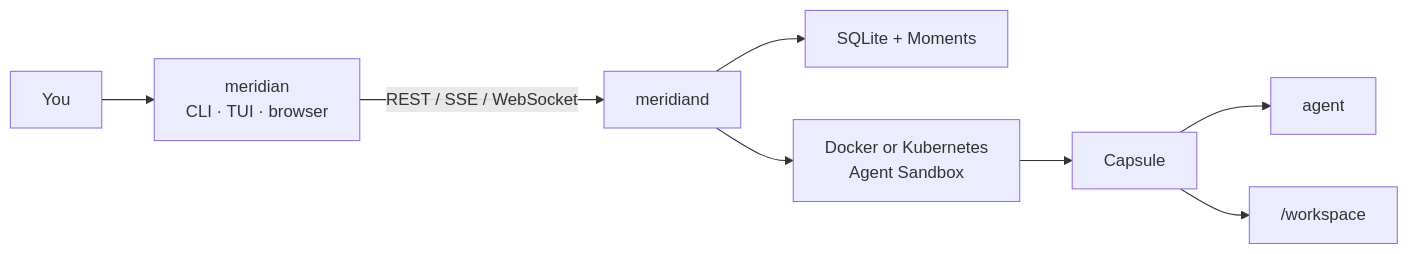
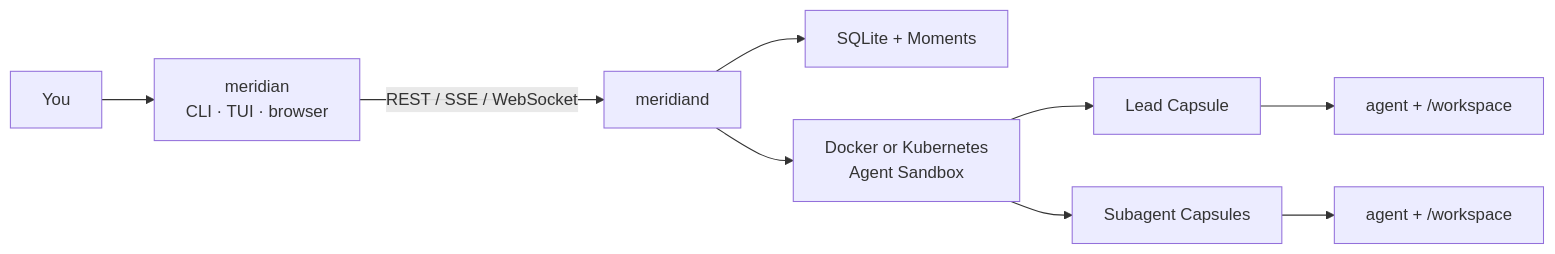
One commit to OrlojHQ/meridian changed the diagram in README.md. Above: the diagram before and after it, drawn with Mermaid. The commit also changed other lines of this file, not shown here.

````diff
--- a/README.md
+++ b/README.md
@@ -127,10 +205,11 @@
 ```mermaid
 flowchart LR
     You["You"] --> Client["meridian<br/>CLI · TUI · browser"]
     Client -->|"REST / SSE / WebSocket"| Daemon["meridiand"]
     Daemon --> Store["SQLite + Moments"]
     Daemon --> Provider["Docker or Kubernetes<br/>Agent Sandbox"]
-    Provider --> Capsule["Capsule"]
-    Capsule --> Agent["agent"]
-    Capsule --> Workspace["/workspace"]
+    Provider --> Lead["Lead Capsule"]
+    Provider --> Sub["Subagent Capsules"]
+    Lead --> Agent["agent + /workspace"]
+    Sub --> SubAgent["agent + /workspace"]
 ```
````
